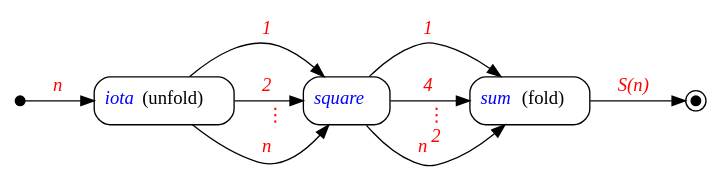
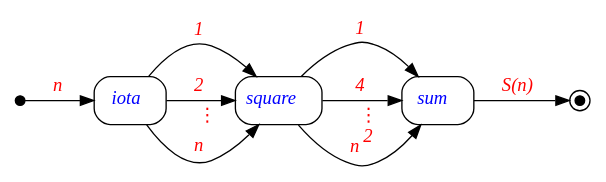
The diagram in doc/graphviz/unfold-transform-fold.gv (Framework-R-D/phlex-design), drawn with Graphviz before and after one commit. The commit also changed 1 other file, not shown here.

Commit message:
Minor adjustments to data-flow graphs

```diff
--- a/doc/graphviz/unfold-transform-fold.gv
+++ b/doc/graphviz/unfold-transform-fold.gv
@@ -1,40 +1,40 @@
 digraph {
   rankdir=LR
   node [shape="box", style="rounded"]
 
   start [shape="point", width=0.1]
   end [shape="point", width=0.1, peripheries=2]
-  iota [label=<<i><font color="blue">iota</font></i> (unfold)>];
+  iota [label=<<i><font color="blue">iota</font></i>>];
   transform [label=<<i><font color="blue">square</font></i>>];
-  sum [label=<<i><font color="blue">sum</font></i> (fold)>];
+  sum [label=<<i><font color="blue">sum</font></i>>];
 
   start -> iota [label=<<table cellpadding="1" border="0" cellborder="0">
                           <tr><td><font color="red"><i>n</i></font></td></tr>
                         </table>>]
 
   iota -> transform [label=<<table cellpadding="1" border="0" cellborder="0">
                               <tr><td><font color="red"><i>1</i></font></td></tr>
                             </table>>]
   iota -> transform [label=<<table cellpadding="1" border="0" cellborder="0">
                               <tr><td><font color="red"><i>2</i></font></td></tr>
                              </table>>]
   iota -> transform [label=<<font color="red">⋮</font>>, penwidth=0, arrowhead=none]
   iota -> transform [label=<<table cellpadding="1" border="0" cellborder="0">
                               <tr><td><font color="red"><i>n</i></font></td></tr>
                             </table>>]
 
   transform -> sum [label=<<table cellpadding="1" border="0" cellborder="0">
                              <tr><td><font color="red"><i>1</i></font></td></tr>
                            </table>>]
   transform -> sum [label=<<table cellpadding="1" border="0" cellborder="0">
                              <tr><td><font color="red"><i>4</i></font></td></tr>
                            </table>>]
   transform -> sum [label=<<font color="red">⋮</font>>, penwidth=0, arrowhead=none]
   transform -> sum [label=<<table cellpadding="1" border="0" cellborder="0">
                              <tr><td><font color="red"><i>n<sup>2</sup></i></font></td></tr>
                            </table>>]
 
   sum -> end [label=<<table cellpadding="1" border="0" cellborder="0">
                         <tr><td><font color="red"><i>S(n)</i></font></td></tr>
                       </table>>]
 }
```
